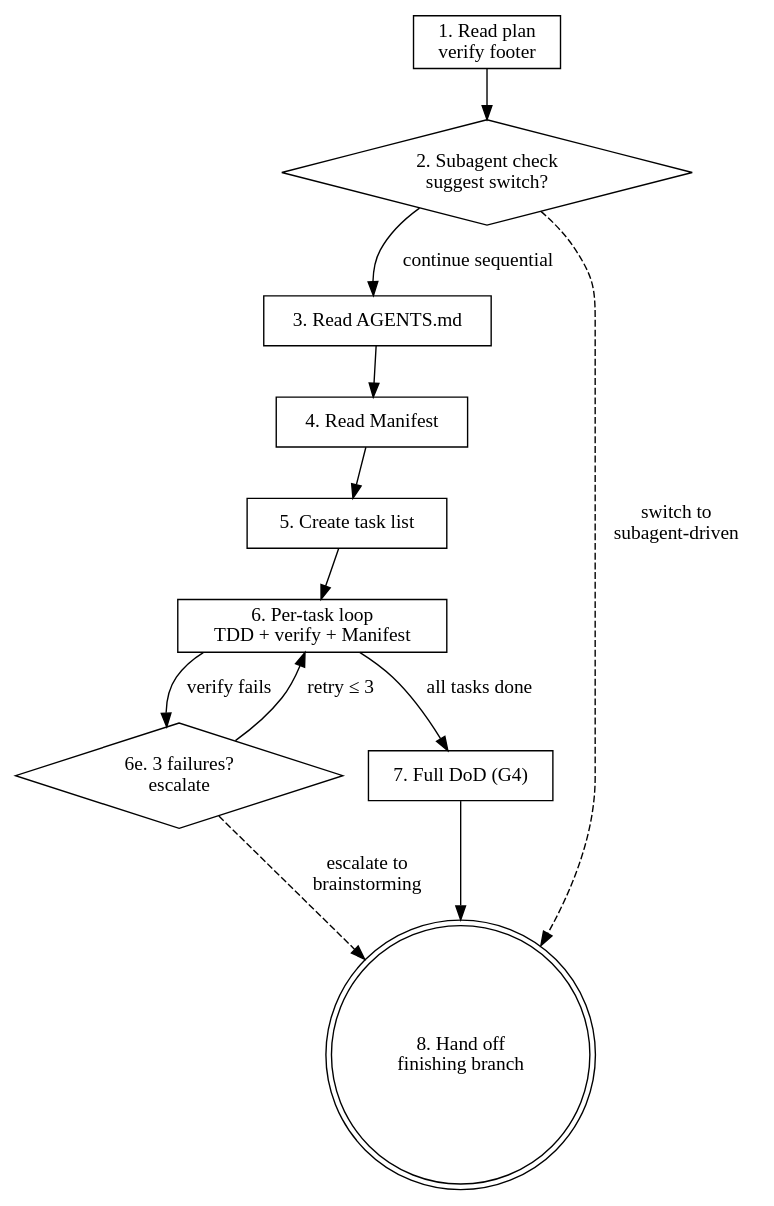
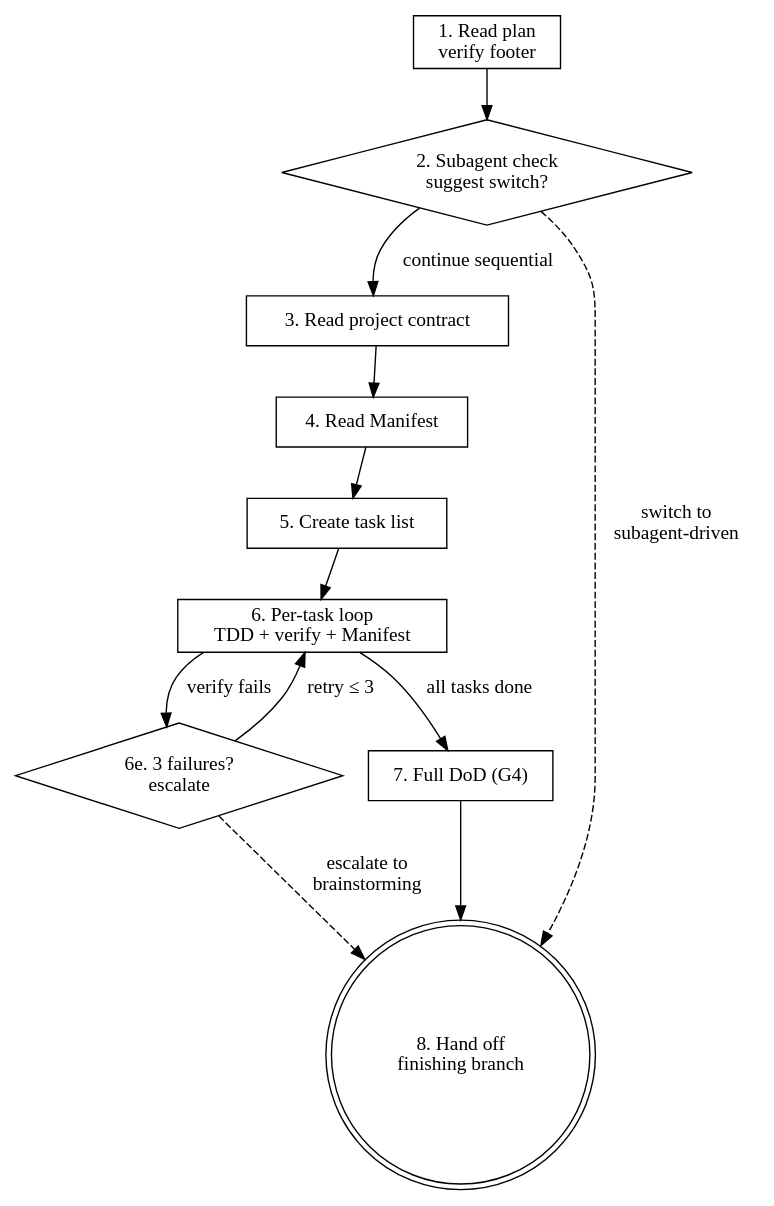
One commit to rainhan99/zeus changed the diagram in skills/executing-plans/SKILL.md. Above: the diagram before and after it, drawn with Graphviz. The commit also changed other lines of this file and 10 other files, not shown here.

````diff
--- a/skills/executing-plans/SKILL.md
+++ b/skills/executing-plans/SKILL.md
@@ -61,25 +61,25 @@
 ```dot
 digraph executing_plans {
   read [label="1. Read plan\nverify footer", shape=box];
   subagent [label="2. Subagent check\nsuggest switch?", shape=diamond];
-  agents_md [label="3. Read AGENTS.md", shape=box];
+  agents_md [label="3. Read project contract", shape=box];
   manifest [label="4. Read Manifest", shape=box];
   tasks [label="5. Create task list", shape=box];
   loop [label="6. Per-task loop\nTDD + verify + Manifest", shape=box];
   fail [label="6e. 3 failures?\nescalate", shape=diamond];
   dod [label="7. Full DoD (G4)", shape=box];
   handoff [label="8. Hand off\nfinishing branch", shape=doublecircle];
 
   read -> subagent;
   subagent -> agents_md [label="continue sequential"];
   subagent -> handoff [label="switch to\nsubagent-driven", style=dashed];
   agents_md -> manifest;
   manifest -> tasks;
   tasks -> loop;
   loop -> fail [label="verify fails"];
   fail -> loop [label="retry ≤ 3"];
   fail -> handoff [label="escalate to\nbrainstorming", style=dashed];
   loop -> dod [label="all tasks done"];
   dod -> handoff;
 }
 ```
````
